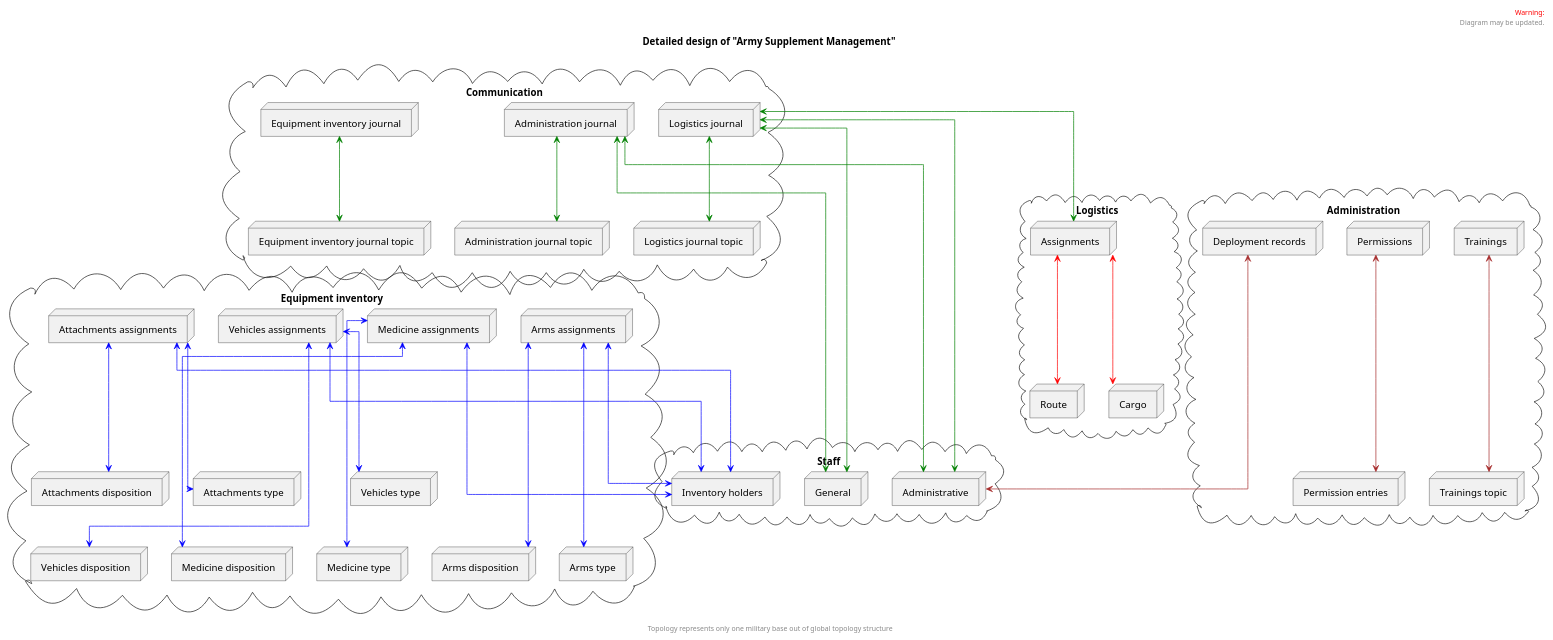
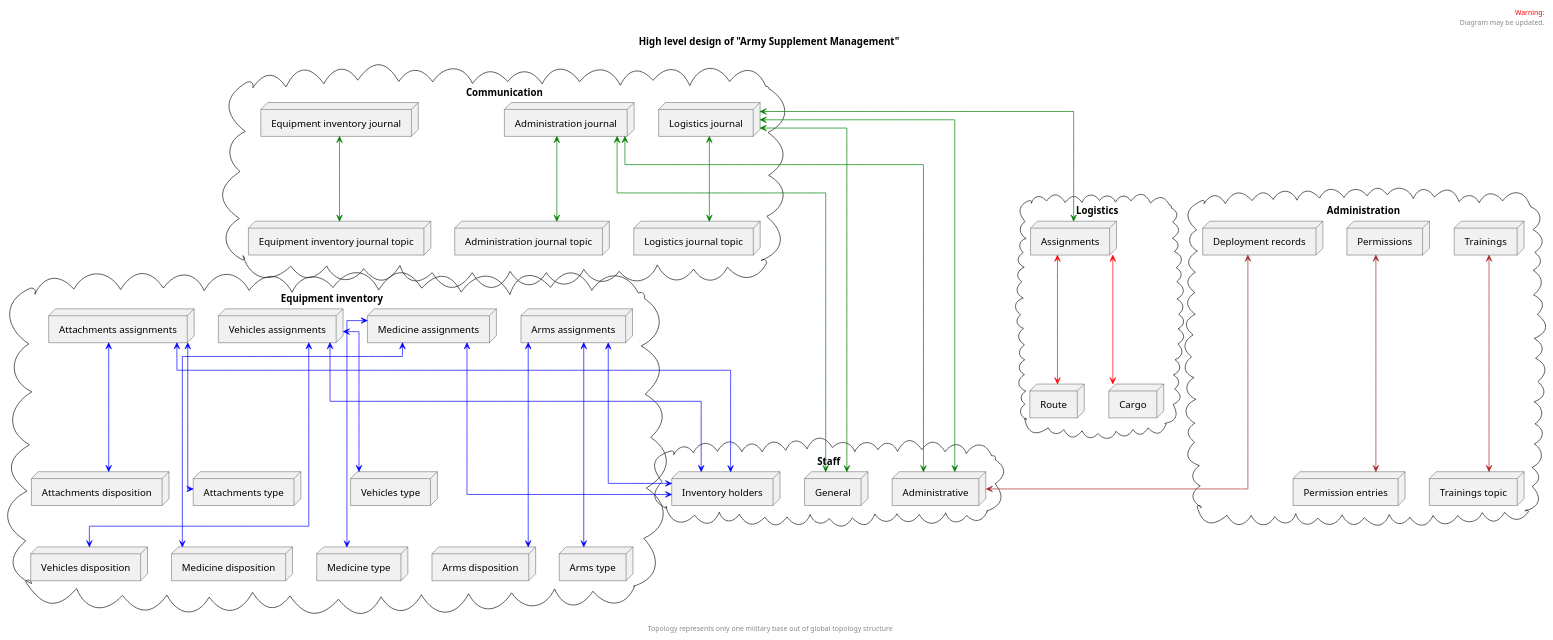
The diagram in docs/examples/high-level-design-raw.md (YarikRevich/army-supplement-management), drawn with PlantUML before and after one commit. The commit also changed 3 other files, not shown here.

```diff
--- a/docs/examples/high-level-design-raw.md
+++ b/docs/examples/high-level-design-raw.md
@@ -3,7 +3,7 @@
 skinparam linetype ortho
 
 title 
-    Detailed design of "Army Supplement Management" 
+    High level design of "Army Supplement Management" 
 end title
 
 header
```
